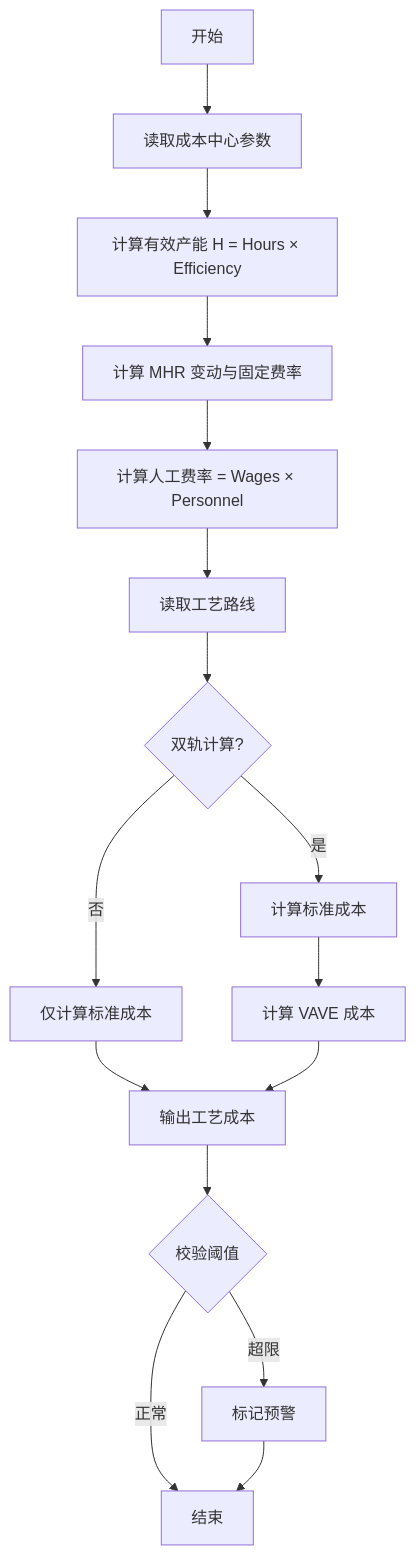
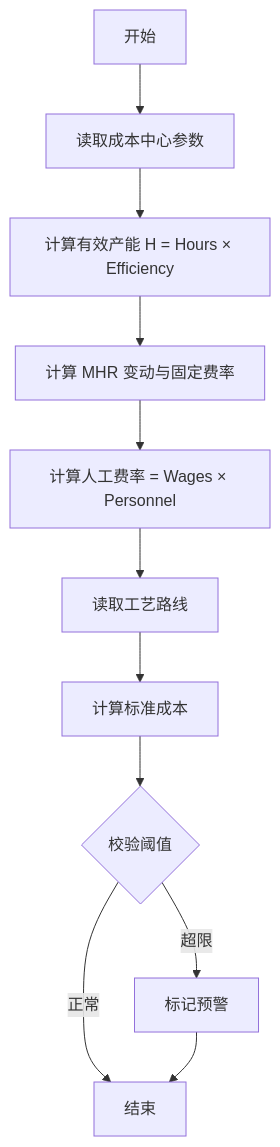
Before and after one commit to randyluo85/Quoting-Copilot: the diagram in docs/PROCESS_COST_LOGIC.md, drawn with Mermaid.

Commit message:
auto: claude changes

````diff
--- a/docs/PROCESS_COST_LOGIC.md
+++ b/docs/PROCESS_COST_LOGIC.md
@@ -265,18 +265,13 @@
 ```mermaid
 flowchart TD
     A[开始] --> B[读取成本中心参数]
     B --> C[计算有效产能 H = Hours × Efficiency]
     C --> D[计算 MHR 变动与固定费率]
     D --> E[计算人工费率 = Wages × Personnel]
     E --> F[读取工艺路线]
-    F --> G{双轨计算?}
-    G -->|是| H[计算标准成本]
-    G -->|否| I[仅计算标准成本]
-    H --> J[计算 VAVE 成本]
-    I --> K[输出工艺成本]
-    J --> K
-    K --> L{校验阈值}
-    L -->|超限| M[标记预警]
-    L -->|正常| N[结束]
-    M --> N
+    F --> G[计算标准成本]
+    G --> H{校验阈值}
+    H -->|超限| I[标记预警]
+    H -->|正常| J[结束]
+    I --> J
 ```
````
